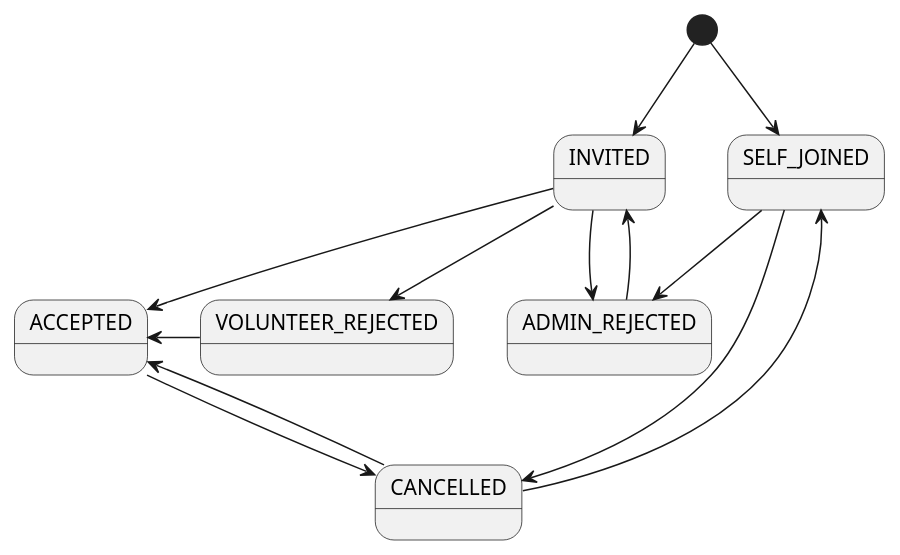
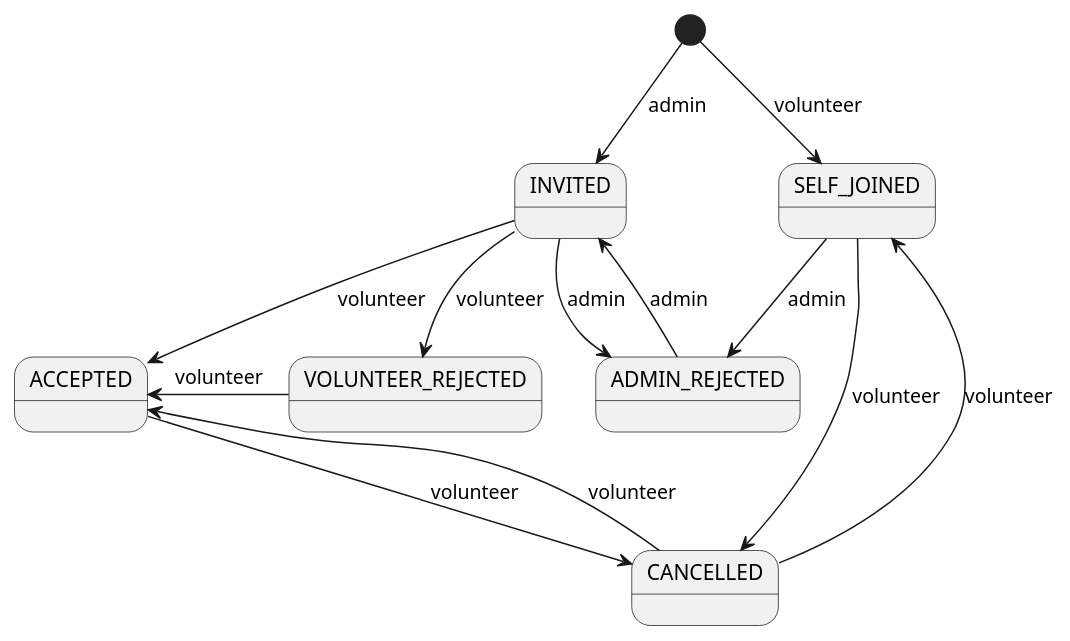
The diagram in models/Invite-states.plantuml (holi-social/caluno), drawn with PlantUML before and after one commit.

Commit message:
feat(model): extend invite status by info who is doint that

```diff
--- a/models/Invite-states.plantuml
+++ b/models/Invite-states.plantuml
@@ -1,17 +1,17 @@
 @startuml InviteStatusModel
 
-[*] --> INVITED
+[*] --> INVITED : admin
 ' means the member self-joined without an invite
-[*] --> SELF_JOINED
-INVITED --> ACCEPTED
-INVITED --> VOLUNTEER_REJECTED
-VOLUNTEER_REJECTED -left-> ACCEPTED
-SELF_JOINED -down-> CANCELLED
-ACCEPTED -down-> CANCELLED
-CANCELLED -up-> SELF_JOINED
-CANCELLED -up-> ACCEPTED
+[*] --> SELF_JOINED : volunteer
+INVITED --> ACCEPTED : volunteer
+INVITED --> VOLUNTEER_REJECTED : volunteer
+VOLUNTEER_REJECTED -left-> ACCEPTED : volunteer
+SELF_JOINED -down-> CANCELLED : volunteer
+ACCEPTED -down-> CANCELLED : volunteer
+CANCELLED -up-> SELF_JOINED : volunteer
+CANCELLED -up-> ACCEPTED : volunteer
 
-INVITED -down-> ADMIN_REJECTED
-ADMIN_REJECTED -up-> INVITED
-SELF_JOINED --> ADMIN_REJECTED
+INVITED -down-> ADMIN_REJECTED : admin
+ADMIN_REJECTED -up-> INVITED : admin
+SELF_JOINED --> ADMIN_REJECTED : admin
 @enduml
```
